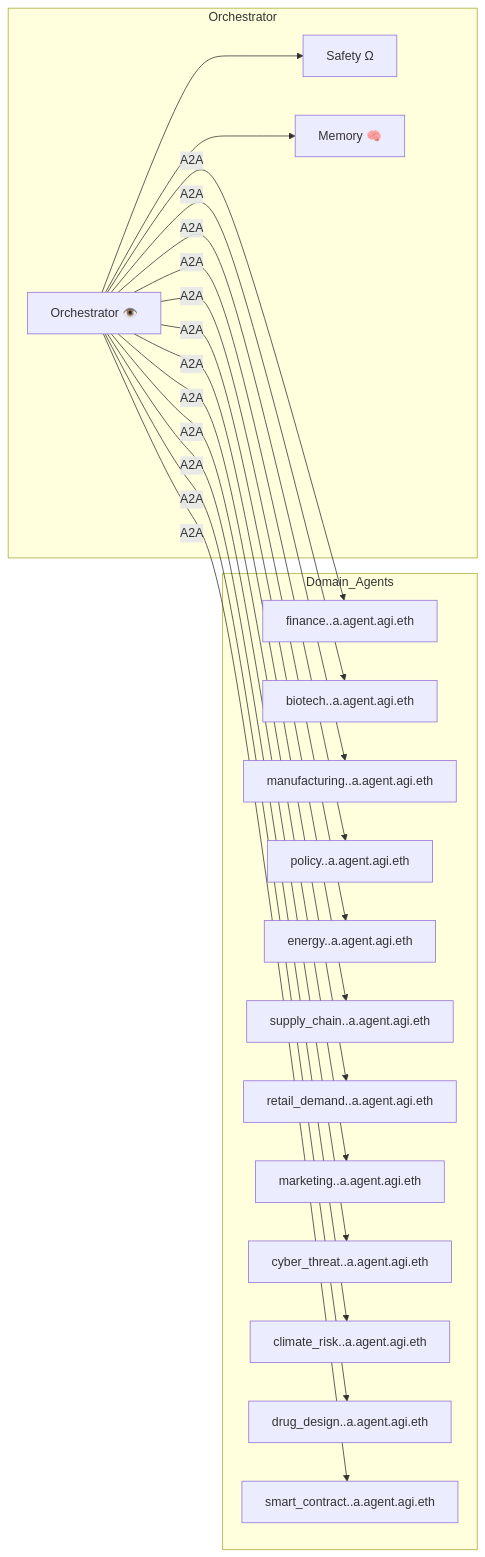
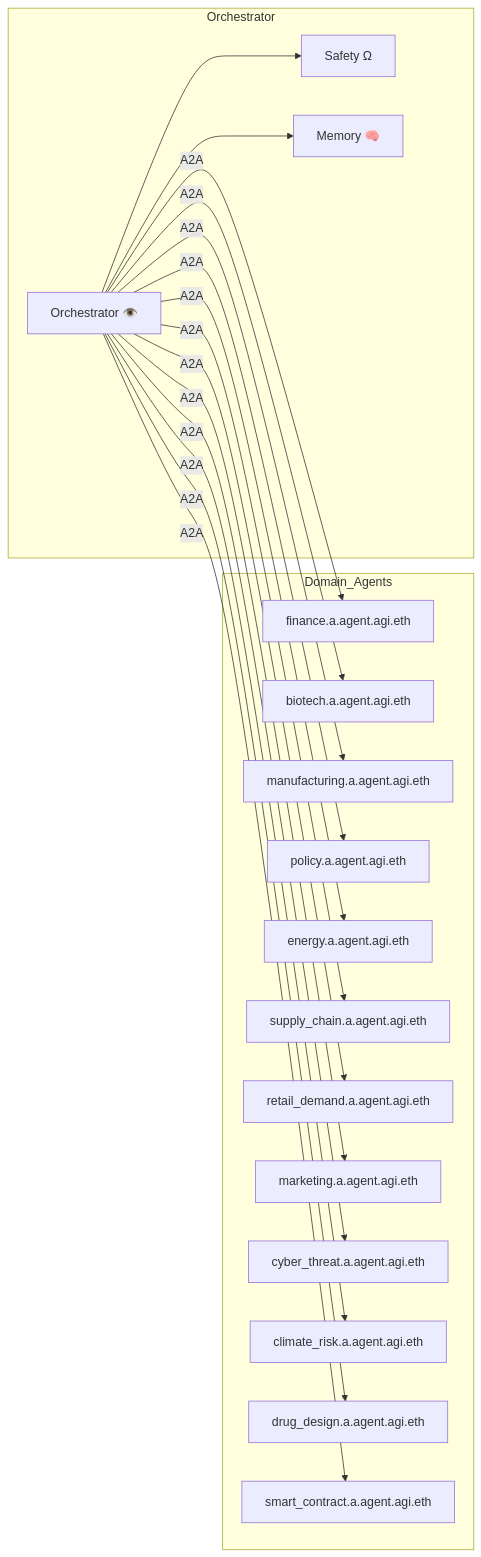
One commit to vishalbelsare/AGI-Alpha-Agent-v0 changed the diagram in alpha_factory_v1/docs/alpha_agi_agent.md. Above: the diagram before and after it, drawn with Mermaid.

````diff
--- a/alpha_factory_v1/docs/alpha_agi_agent.md
+++ b/alpha_factory_v1/docs/alpha_agi_agent.md
@@ -41,26 +41,26 @@
 ```mermaid
 flowchart LR
   subgraph Orchestrator
     ORC["Orchestrator 👁️"]
     SAF["Safety Ω"]
     MEM["Memory 🧠"]
   end
   subgraph Domain_Agents
-    FIN["finance.<name>.a.agent.agi.eth"]
-    BIO["biotech.<name>.a.agent.agi.eth"]
-    MFG["manufacturing.<name>.a.agent.agi.eth"]
-    POL["policy.<name>.a.agent.agi.eth"]
-    ENE["energy.<name>.a.agent.agi.eth"]
-    SUP["supply_chain.<name>.a.agent.agi.eth"]
-    RET["retail_demand.<name>.a.agent.agi.eth"]
-    MKT["marketing.<name>.a.agent.agi.eth"]
-    CYB["cyber_threat.<name>.a.agent.agi.eth"]
-    CLM["climate_risk.<name>.a.agent.agi.eth"]
-    DRG["drug_design.<name>.a.agent.agi.eth"]
-    SMT["smart_contract.<name>.a.agent.agi.eth"]
+    FIN["finance.a.agent.agi.eth"]
+    BIO["biotech.a.agent.agi.eth"]
+    MFG["manufacturing.a.agent.agi.eth"]
+    POL["policy.a.agent.agi.eth"]
+    ENE["energy.a.agent.agi.eth"]
+    SUP["supply_chain.a.agent.agi.eth"]
+    RET["retail_demand.a.agent.agi.eth"]
+    MKT["marketing.a.agent.agi.eth"]
+    CYB["cyber_threat.a.agent.agi.eth"]
+    CLM["climate_risk.a.agent.agi.eth"]
+    DRG["drug_design.a.agent.agi.eth"]
+    SMT["smart_contract.a.agent.agi.eth"]
   end
 
   ORC -- A2A --> FIN & BIO & MFG & POL & ENE & SUP & RET & MKT & CYB & CLM & DRG & SMT
   ORC --> SAF
   ORC --> MEM
 ```
````
